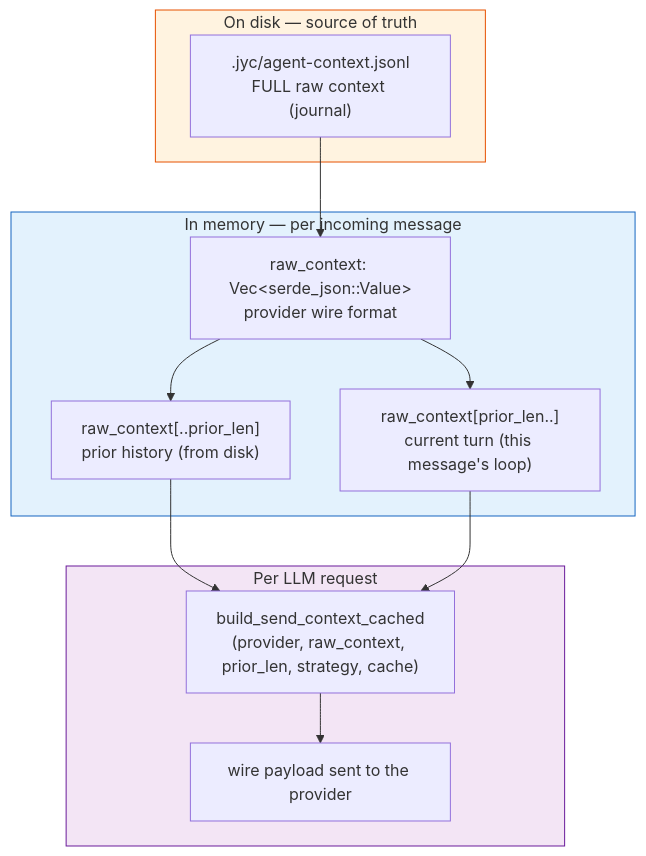
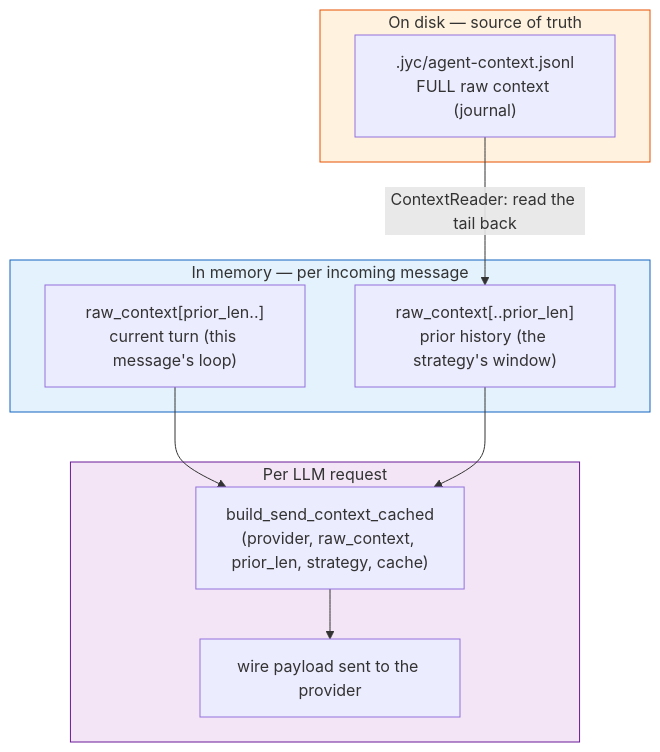
One commit to kingye/jyc changed the first of 2 diagrams in docs/architecture/context.md. Above: the diagram before and after it, drawn with Mermaid. The commit also changed other lines of this file and 17 other files, not shown here.

First line of the commit message:
feat: read the prior context back from the journal instead of parsing it whole (#981)

````diff
--- a/docs/architecture/context.md
+++ b/docs/architecture/context.md
@@ -42,24 +46,21 @@
 ```mermaid
 flowchart TD
     subgraph Disk["On disk — source of truth"]
         F[".jyc/agent-context.jsonl<br/>FULL raw context (journal)"]
     end
     subgraph Mem["In memory — per incoming message"]
-        RC["raw_context: Vec&lt;serde_json::Value&gt;<br/>provider wire format"]
-        PRIOR["raw_context[..prior_len]<br/>prior history (from disk)"]
+        PRIOR["raw_context[..prior_len]<br/>prior history (the strategy's window)"]
         CURR["raw_context[prior_len..]<br/>current turn (this message's loop)"]
     end
     subgraph PerReq["Per LLM request"]
         BSC["build_send_context_cached<br/>(provider, raw_context, prior_len, strategy, cache)"]
         WIRE["wire payload sent to the provider"]
     end
-    F --> RC
-    RC --> PRIOR
-    RC --> CURR
+    F -->|"ContextReader: read the tail back"| PRIOR
+    CURR --> BSC
     PRIOR --> BSC
-    CURR --> BSC
     BSC --> WIRE
     style Disk fill:#fff3e0,stroke:#e65100
     style Mem fill:#e3f2fd,stroke:#1565c0
     style PerReq fill:#f3e5f5,stroke:#6a1b9a
 ```
````
